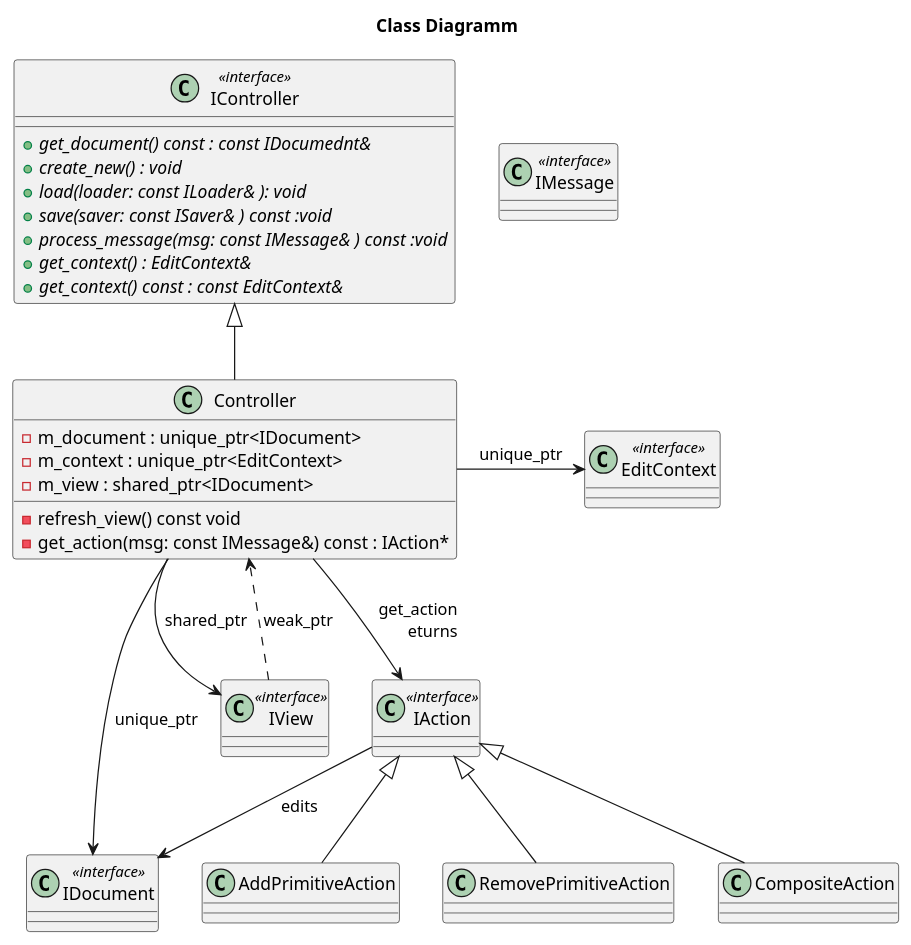
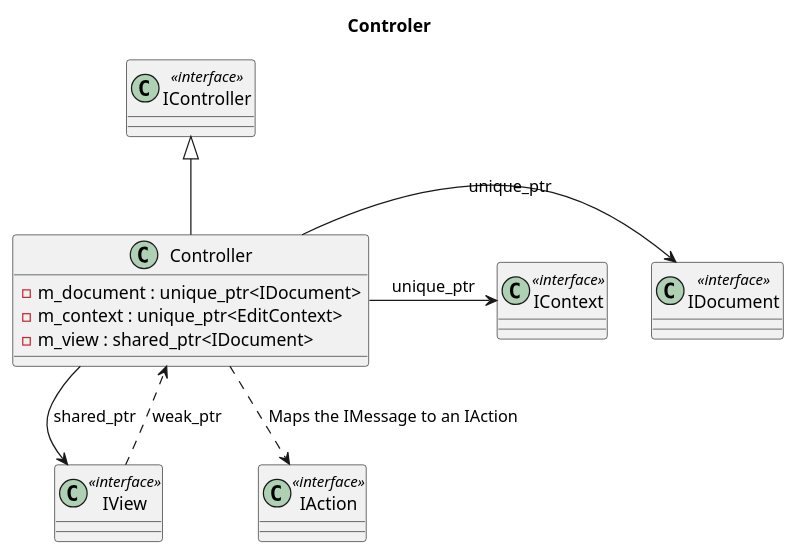
The diagram in Editor/plant_uml/controller.puml (CheskisVladimir/otus-2025), drawn with PlantUML before and after one commit. The commit also changed 4 other files, not shown here.

Commit message:
new diagrams

```diff
--- a/Editor/plant_uml/controller.puml
+++ b/Editor/plant_uml/controller.puml
@@ -1,62 +1,50 @@
 @startuml
-title Class Diagramm
+
+title Controler
 
 class IController <<interface>> {
-  + {abstract} get_document() const : const IDocumednt&
-  + {abstract}  create_new() : void
-  + {abstract} load(loader: const ILoader& ): void
-  + {abstract} save(saver: const ISaver& ) const :void 
-  + {abstract} process_message(msg: const IMessage& ) const :void 
-  + {abstract} get_context() : EditContext& 
-  + {abstract} get_context() const : const EditContext&
 }
 
 class Controller {
   - m_document : unique_ptr<IDocument>
   - m_context : unique_ptr<EditContext>
   - m_view : shared_ptr<IDocument>
-
-  - refresh_view() const void
-  - get_action(msg: const IMessage&) const : IAction*
-
 }
 
 class IView <<interface>> {
  
 }
 
 class IDocument <<interface>> {
  
 }
 
-class EditContext <<interface>> {
+class IContext <<interface>> {
  
 }
 
 class IAction <<interface>> {
  
 }
 
-class IMessage <<interface>> {
- 
-}
+
+
 
 Controller --> IView : shared_ptr
 IView ..> Controller : weak_ptr
 IController <|-- Controller
 Controller -> IDocument : unique_ptr
-Controller -> EditContext : unique_ptr
-Controller --> IAction : get_action\returns
+Controller -> IContext : unique_ptr
+Controller ..> IAction : Maps the IMessage to an IAction 
 
-class AddPrimitiveAction {}
-class RemovePrimitiveAction {}
-class CompositeAction {}
+'class AddPrimitiveAction {}
+'class RemovePrimitiveAction {}
+'class CompositeAction {}
 
-IAction <|-- AddPrimitiveAction
-IAction <|-- RemovePrimitiveAction
-IAction <|-- CompositeAction
+'IAction <|-- AddPrimitiveAction
+'IAction <|-- RemovePrimitiveAction
+'IAction <|-- CompositeAction
 
-IAction --> IDocument : edits
 
 
 @enduml
```
